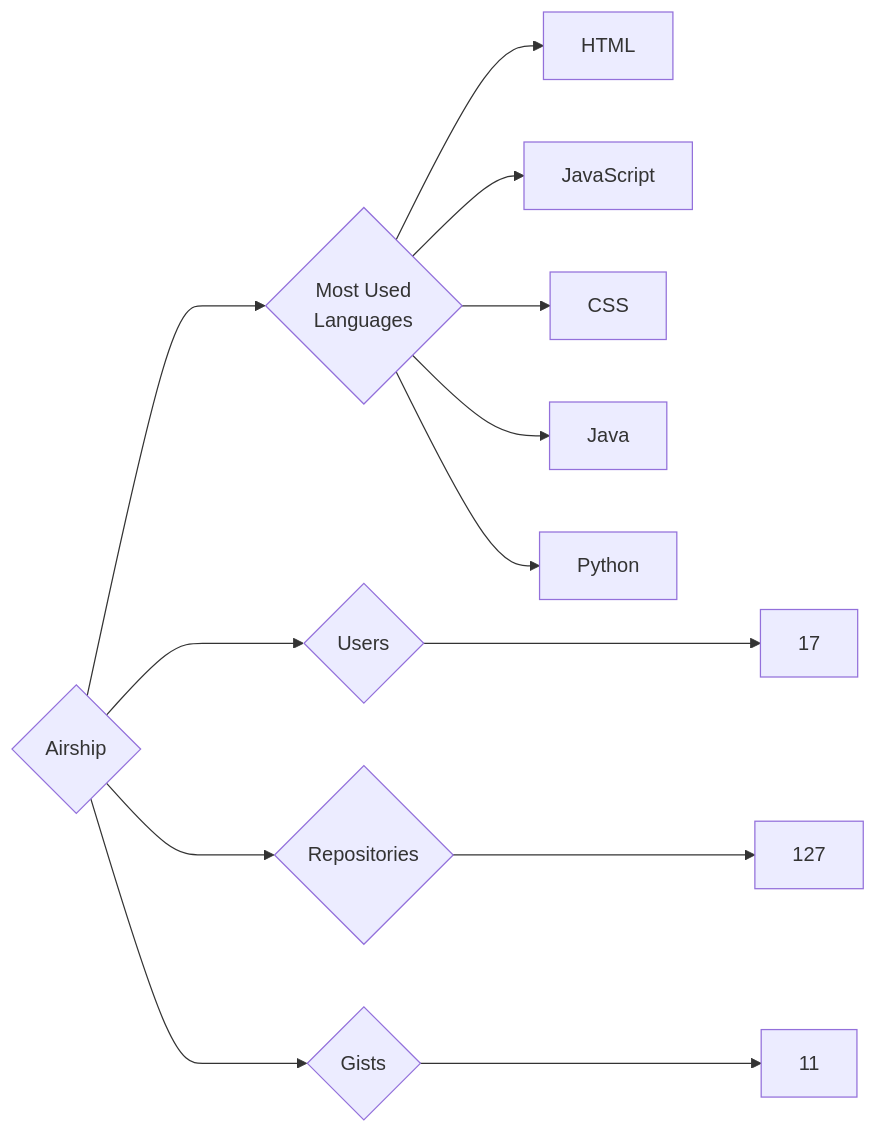
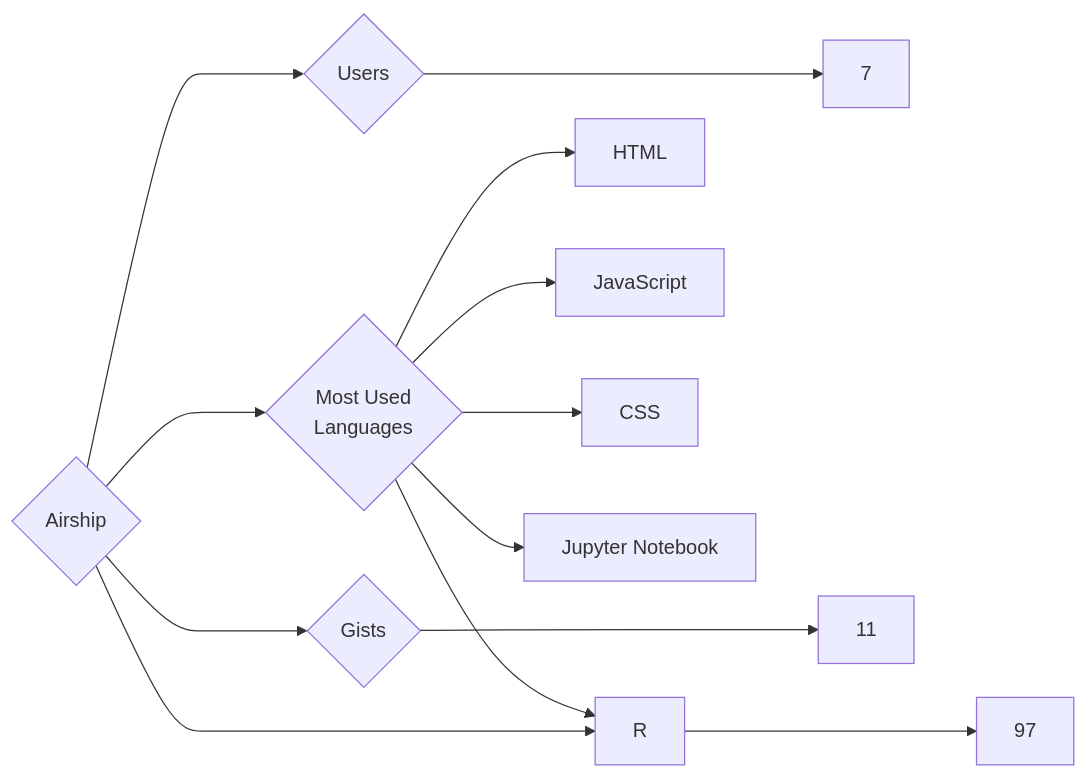
The diagram in targets/Airship/README.md (trickest/insiders), drawn with Mermaid before and after one commit. The commit also changed 814 other files, not shown here.

````diff
--- a/targets/Airship/README.md
+++ b/targets/Airship/README.md
@@ -3,13 +3,13 @@
 ```mermaid
 graph LR
 COMPANY_NAME{Airship}
-COMPANY_NAME ---> U{Users} ---> UN[17]
-COMPANY_NAME ---> R{Repositories} ---> RN[127]
+COMPANY_NAME ---> U{Users} ---> UN[7]
+COMPANY_NAME ---> R{Repositories} ---> RN[97]
 COMPANY_NAME ---> G{Gists} ---> GN[11]
 COMPANY_NAME ---> ML{Most Used<br>Languages}
 ML --> HTML[HTML]
 ML --> JavaScript[JavaScript]
 ML --> CSS[CSS]
-ML --> Java[Java]
-ML --> Python[Python]
+ML --> Jupyter_Notebook[Jupyter Notebook]
+ML --> R[R]
 ```
````
